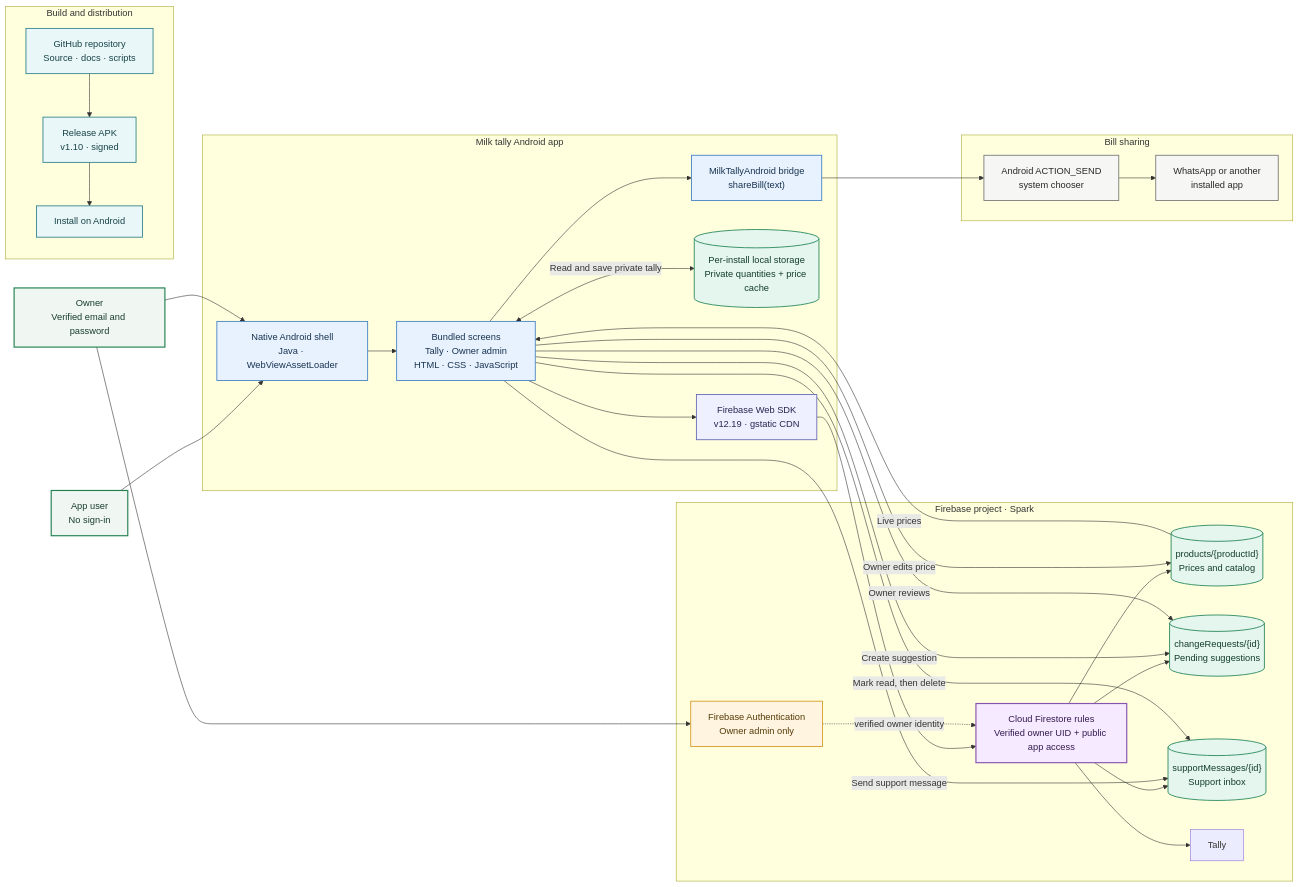
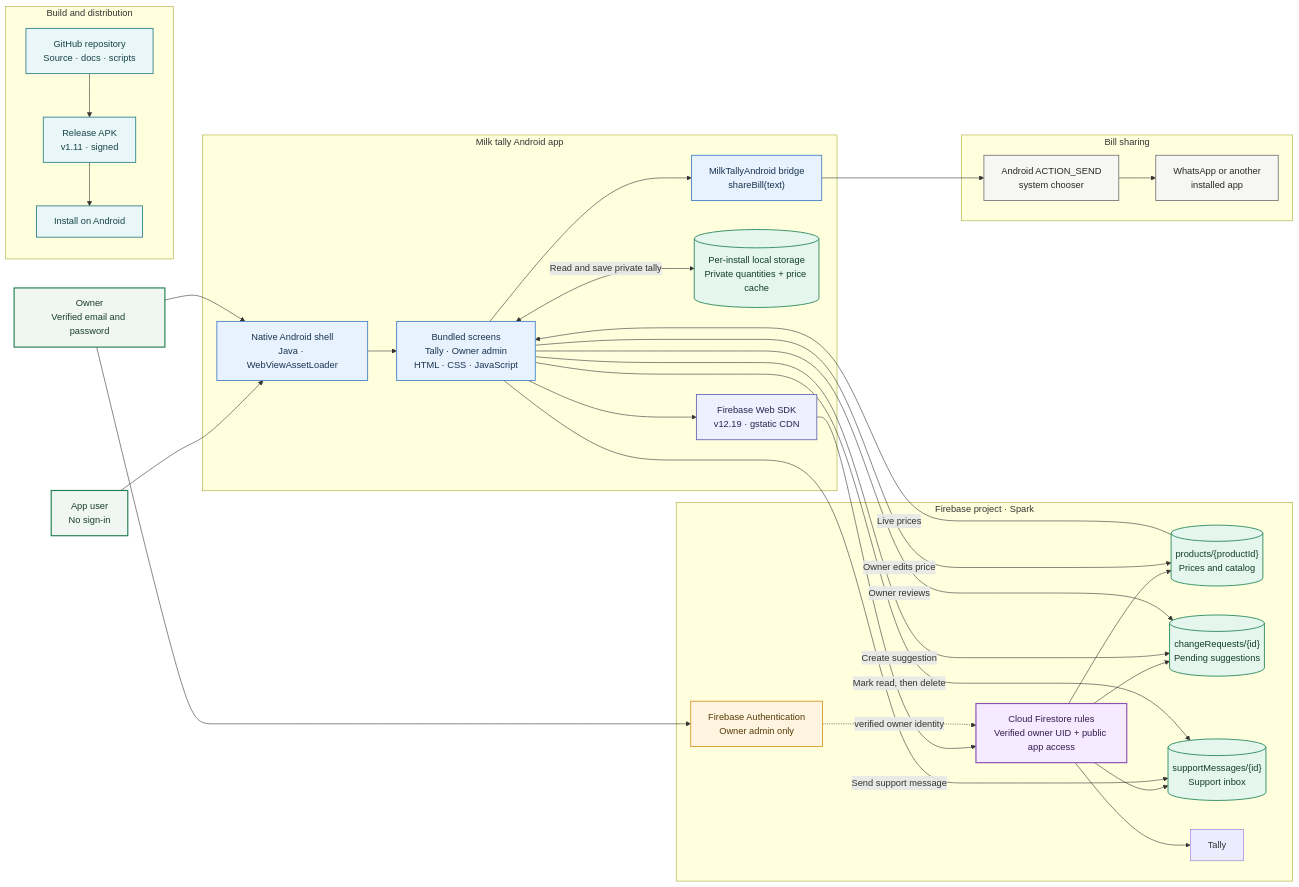
Before and after one commit to PrabhatVrma/milk-tally: the diagram in docs/system-design.md, drawn with Mermaid. The commit also changed other lines of this file and 11 other files, not shown here.

````diff
--- a/docs/system-design.md
+++ b/docs/system-design.md
@@ -9,63 +9,63 @@
 ```mermaid
 flowchart LR
     Visitor["App user<br/>No sign-in"]:::person
     Owner["Owner<br/>Verified email and password"]:::person
 
     subgraph App["Milk tally Android app"]
         Shell["Native Android shell<br/>Java · WebViewAssetLoader"]:::client
         UI["Bundled screens<br/>Tally · Owner admin<br/>HTML · CSS · JavaScript"]:::client
         SDK["Firebase Web SDK<br/>v12.19 · gstatic CDN"]:::sdk
         LocalTally[("Per-install local storage<br/>Private quantities + price cache")]:::data
         Bridge["MilkTallyAndroid bridge<br/>shareBill(text)"]:::client
         Shell --> UI
         UI --> SDK
         UI <-->|"Read and save private tally"| LocalTally
         UI --> Bridge
     end
 
     subgraph Firebase["Firebase project · Spark"]
         Auth["Firebase Authentication<br/>Owner admin only"]:::auth
         Rules["Cloud Firestore rules<br/>Verified owner UID + public app access"]:::security
         Products[("products/{productId}<br/>Prices and catalog")]:::data
         Requests[("changeRequests/{id}<br/>Pending suggestions")]:::data
         Support[("supportMessages/{id}<br/>Support inbox")]:::data
         SDK --> Rules
         Rules --> Products
         Rules --> Tally
         Rules --> Requests
         Rules --> Support
         Auth -. "verified owner identity" .-> Rules
     end
 
     subgraph Sharing["Bill sharing"]
         Chooser["Android ACTION_SEND<br/>system chooser"]:::external
         WhatsApp["WhatsApp or another<br/>installed app"]:::external
         Bridge --> Chooser --> WhatsApp
     end
 
     subgraph Delivery["Build and distribution"]
         Repo["GitHub repository<br/>Source · docs · scripts"]:::delivery
-        APK["Release APK<br/>v1.10 · signed"]:::delivery
+        APK["Release APK<br/>v1.11 · signed"]:::delivery
         Phone["Install on Android"]:::delivery
         Repo --> APK --> Phone
     end
 
     Visitor --> Shell
     Owner --> Shell
     Owner --> Auth
     Products -->|"Live prices"| UI
     UI -->|"Create suggestion"| Requests
     UI -->|"Send support message"| Support
     UI -->|"Owner edits price"| Products
     UI -->|"Owner reviews"| Requests
     UI -->|"Mark read, then delete"| Support
 
     classDef person fill:#f0f7f2,stroke:#248052,color:#183c2d,stroke-width:2px
     classDef client fill:#e8f2ff,stroke:#4380c4,color:#18334f,stroke-width:1.5px
     classDef sdk fill:#eef0ff,stroke:#6667b5,color:#26264f,stroke-width:1.5px
     classDef auth fill:#fff4df,stroke:#d59a28,color:#553b08,stroke-width:1.5px
     classDef security fill:#f5eaff,stroke:#8852b2,color:#351a50,stroke-width:2px
     classDef data fill:#e4f6ed,stroke:#26865a,color:#143d2a,stroke-width:1.5px
     classDef external fill:#f6f6f4,stroke:#777,color:#282828,stroke-width:1.5px
     classDef delivery fill:#eaf7f8,stroke:#31818a,color:#174348,stroke-width:1.5px
 ```
````
